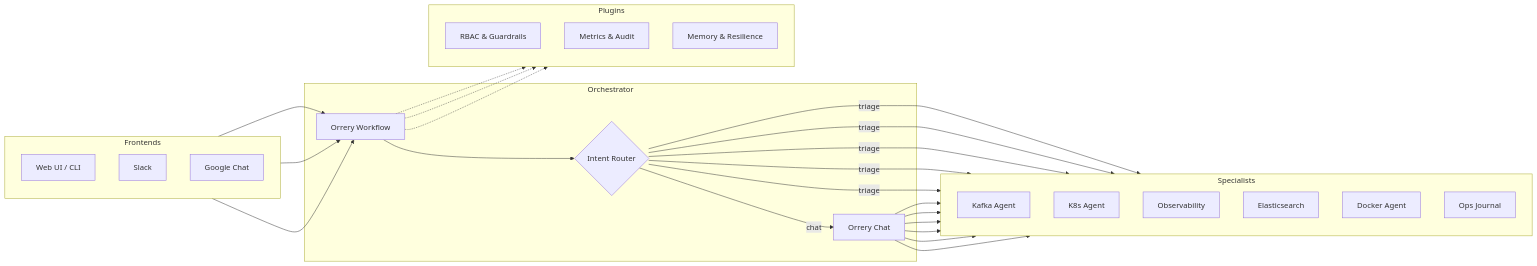
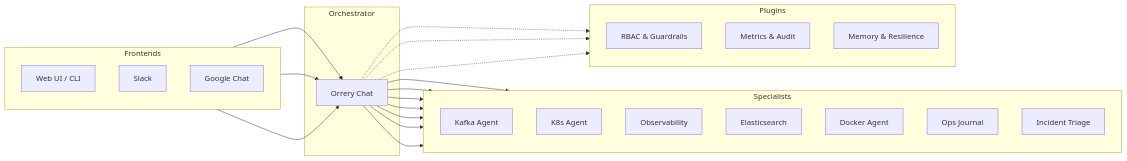
Before and after one commit to BAHALLA/ai-agents: the diagram in docs/index.md, drawn with Mermaid. The commit also changed 10 other files, not shown here.

First line of the commit message:
docs: correct architectural diagrams and text to reflect LlmAgent root

````diff
--- a/docs/index.md
+++ b/docs/index.md
@@ -51,44 +51,47 @@
 ```mermaid
 graph LR
     subgraph Frontends
         direction TB
         WEB[Web UI / CLI]
         SLACK[Slack]
         GCHAT[Google Chat]
     end
 
     subgraph Orchestrator
-        ROOT[Orrery Workflow]
-        ROUTER{Intent Router}
-        CHAT[Orrery Chat]
+        ROOT[Orrery Chat]
     end
 
     subgraph Specialists
         direction TB
         KAFKA[Kafka Agent]
         K8S[K8s Agent]
         OBS[Observability]
         ES[Elasticsearch]
         DOCKER[Docker Agent]
         JOURNAL[Ops Journal]
+        TRIAGE[Incident Triage]
     end
 
     subgraph Plugins
         direction TB
         P1[RBAC & Guardrails]
         P2[Metrics & Audit]
         P3[Memory & Resilience]
     end
 
     WEB --> ROOT
     SLACK --> ROOT
     GCHAT --> ROOT
-    ROOT --> ROUTER
-    ROUTER -- "chat" --> CHAT
-    ROUTER -- "triage" --> KAFKA & K8S & OBS & ES & DOCKER
-    CHAT --> KAFKA & K8S & OBS & ES & DOCKER & JOURNAL
+
+    ROOT --> KAFKA
+    ROOT --> K8S
+    ROOT --> OBS
+    ROOT --> ES
+    ROOT --> DOCKER
+    ROOT --> JOURNAL
+    ROOT --> TRIAGE
 
     ROOT -.-> P1
     ROOT -.-> P2
     ROOT -.-> P3
 ```
````
